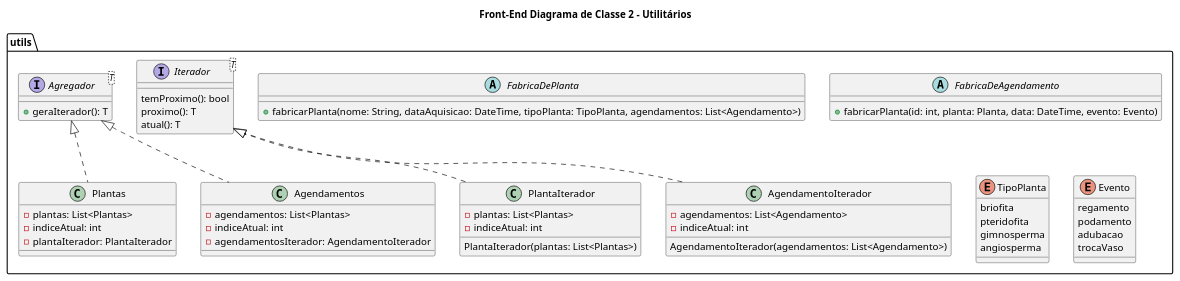
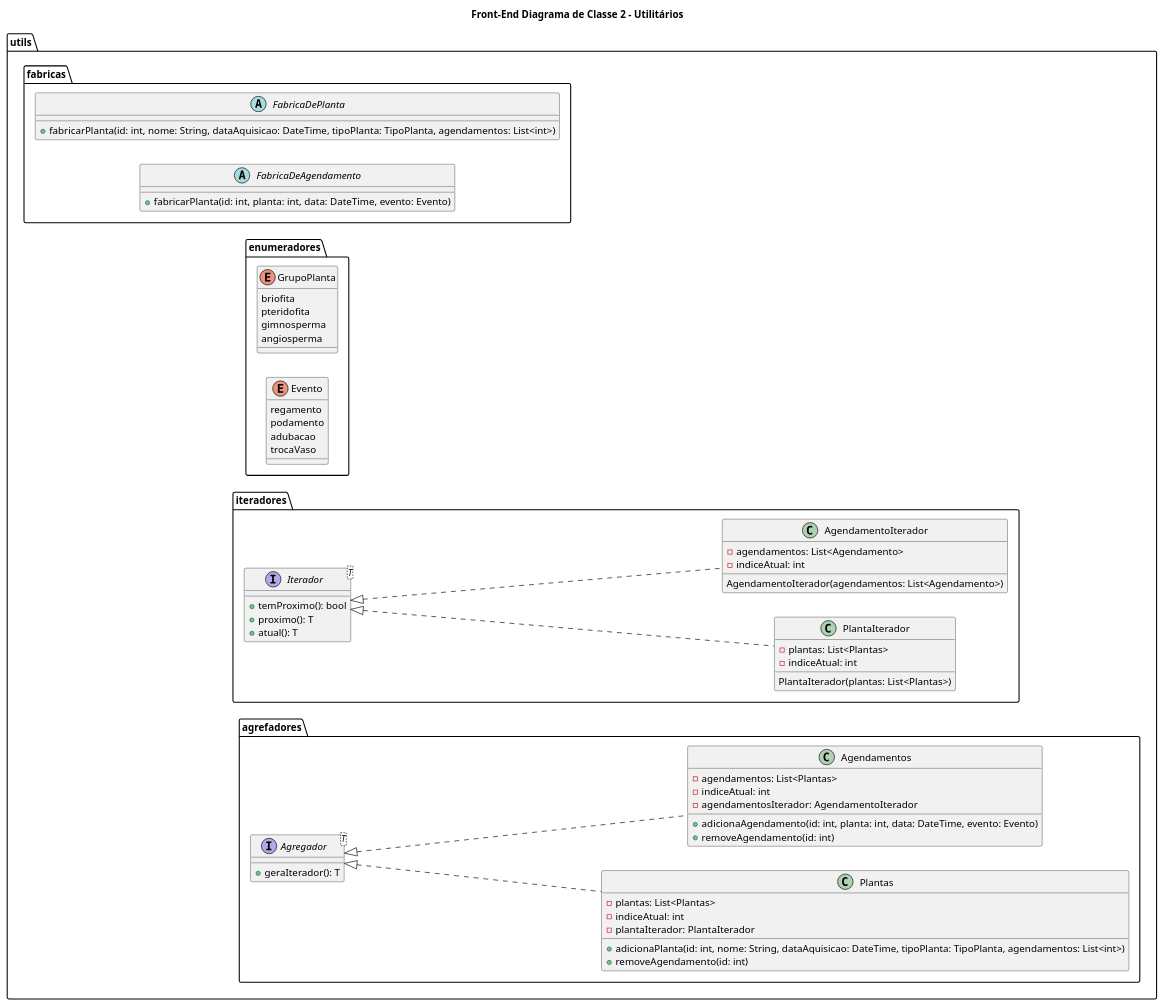
One commit to tiagors09/CareGardenProject changed the diagram in docs/diagramas/src/diagramas_classe/frontend/diagrama_classe_2.plantuml. Above: the diagram before and after it, drawn with PlantUML. The commit also changed 3 other files, not shown here.

```diff
--- a/docs/diagramas/src/diagramas_classe/frontend/diagrama_classe_2.plantuml
+++ b/docs/diagramas/src/diagramas_classe/frontend/diagrama_classe_2.plantuml
@@ -1,67 +1,81 @@
 @startuml Diagrama_Classe_2
 title Front-End Diagrama de Classe 2 - Utilitários
 
+left to right direction
+
 package utils {
-  abstract class FabricaDePlanta {
-    +fabricarPlanta(nome: String, dataAquisicao: DateTime, tipoPlanta: TipoPlanta, agendamentos: List<Agendamento>)
+  package fabricas {
+    abstract class FabricaDePlanta {
+      +fabricarPlanta(id: int, nome: String, dataAquisicao: DateTime, tipoPlanta: TipoPlanta, agendamentos: List<int>)
+    }
+
+    abstract class FabricaDeAgendamento {
+      +fabricarPlanta(id: int, planta: int, data: DateTime, evento: Evento)
+    }
   }
 
-  abstract class FabricaDeAgendamento {
-    +fabricarPlanta(id: int, planta: Planta, data: DateTime, evento: Evento)
+  package enumeradores {
+    enum GrupoPlanta {
+      briofita
+      pteridofita
+      gimnosperma
+      angiosperma
+    }
+
+    enum Evento {
+      regamento
+      podamento
+      adubacao
+      trocaVaso
+    }
   }
 
-  enum TipoPlanta {
-    briofita
-    pteridofita
-    gimnosperma
-    angiosperma
+  package iteradores {
+    interface Iterador<T> {
+      +temProximo(): bool
+      +proximo(): T
+      +atual(): T
+    }
+
+    class PlantaIterador {
+      -plantas: List<Plantas>
+      -indiceAtual: int
+      PlantaIterador(plantas: List<Plantas>)
+    }
+
+    class AgendamentoIterador {
+      -agendamentos: List<Agendamento>
+      -indiceAtual: int
+      AgendamentoIterador(agendamentos: List<Agendamento>)
+    }
   }
 
-  enum Evento {
-    regamento
-    podamento
-    adubacao
-    trocaVaso
-  }
+  package agrefadores {
+    interface Agregador<T> {
+      +geraIterador(): T
+    }
 
-  interface Iterador<T> {
-    temProximo(): bool
-    proximo(): T
-    atual(): T
-  }
+    class Plantas {
+      -plantas: List<Plantas>
+      -indiceAtual: int
+      -plantaIterador: PlantaIterador
+      +adicionaPlanta(id: int, nome: String, dataAquisicao: DateTime, tipoPlanta: TipoPlanta, agendamentos: List<int>)
+      +removeAgendamento(id: int)
+    }
 
-  class PlantaIterador {
-    -plantas: List<Plantas>
-    -indiceAtual: int
-    PlantaIterador(plantas: List<Plantas>)
-  }
-
-  class AgendamentoIterador {
-    -agendamentos: List<Agendamento>
-    -indiceAtual: int
-    AgendamentoIterador(agendamentos: List<Agendamento>)
-  }
-
-  interface Agregador<T> {
-    +geraIterador(): T
-  }
-
-  class Plantas {
-    -plantas: List<Plantas>
-    -indiceAtual: int
-    -plantaIterador: PlantaIterador
-  }
-
-  class Agendamentos {
-    -agendamentos: List<Plantas>
-    -indiceAtual: int
-    -agendamentosIterador: AgendamentoIterador
+    class Agendamentos {
+      -agendamentos: List<Plantas>
+      -indiceAtual: int
+      -agendamentosIterador: AgendamentoIterador
+      +adicionaAgendamento(id: int, planta: int, data: DateTime, evento: Evento)
+      +removeAgendamento(id: int)
+    }
   }
 
   Iterador <|.. PlantaIterador
   Iterador <|.. AgendamentoIterador
 
   Agregador <|.. Plantas
   Agregador <|.. Agendamentos
 }
 @enduml
```
